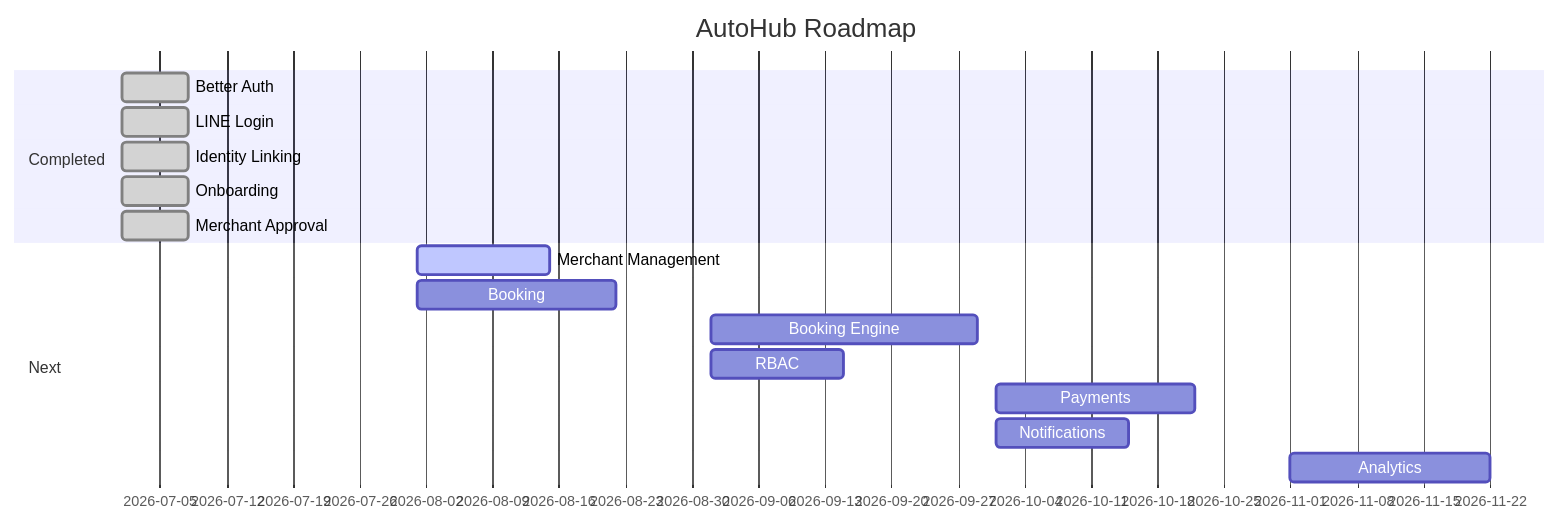
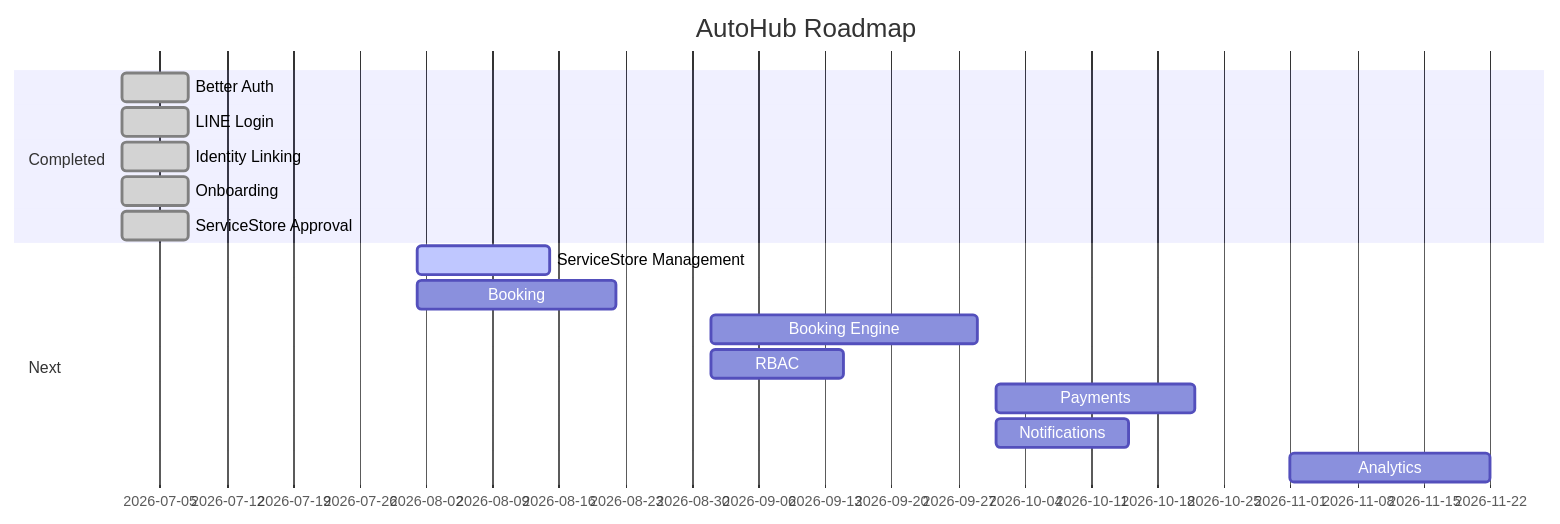
Before and after one commit to plc-r-dev/autohub: the diagram in docs/architecture/roadmap.md, drawn with Mermaid. The commit also changed other lines of this file and 286 other files, not shown here.

First line of the commit message:
refactor: complete merchant-to-ServiceStore rename and customer LIFF restructure

````diff
--- a/docs/architecture/roadmap.md
+++ b/docs/architecture/roadmap.md
@@ -62,19 +62,19 @@
 ```mermaid
 gantt
   title AutoHub Roadmap
   dateFormat YYYY-MM
   section Completed
     Better Auth           :done, 2026-07, 1w
     LINE Login            :done, 2026-07, 1w
     Identity Linking      :done, 2026-07, 1w
     Onboarding            :done, 2026-07, 1w
-    Merchant Approval     :done, 2026-07, 1w
+    ServiceStore Approval     :done, 2026-07, 1w
   section Next
-    Merchant Management   :active, 2026-08, 2w
+    ServiceStore Management   :active, 2026-08, 2w
     Booking               :2026-08, 3w
     Booking Engine        :2026-09, 4w
     RBAC                  :2026-09, 2w
     Payments              :2026-10, 3w
     Notifications         :2026-10, 2w
     Analytics             :2026-11, 3w
 ```
````
